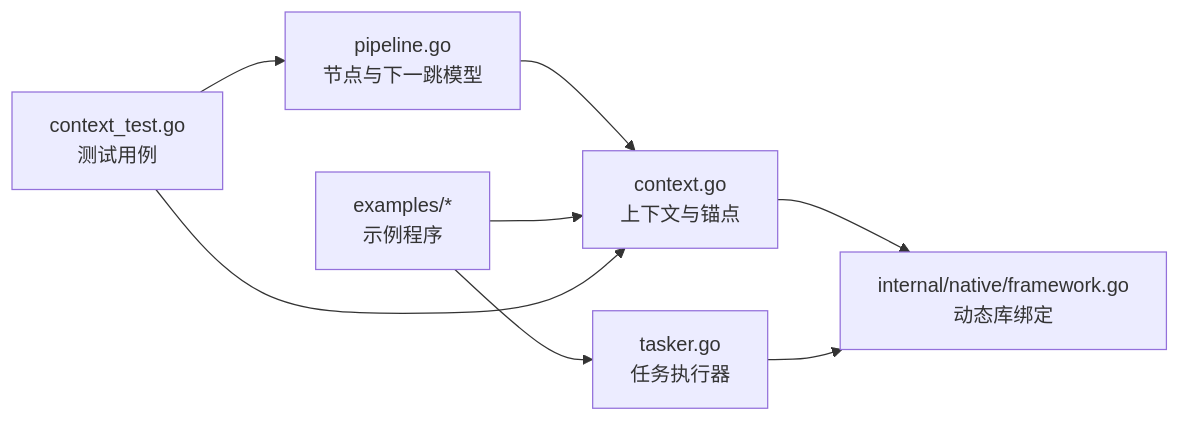
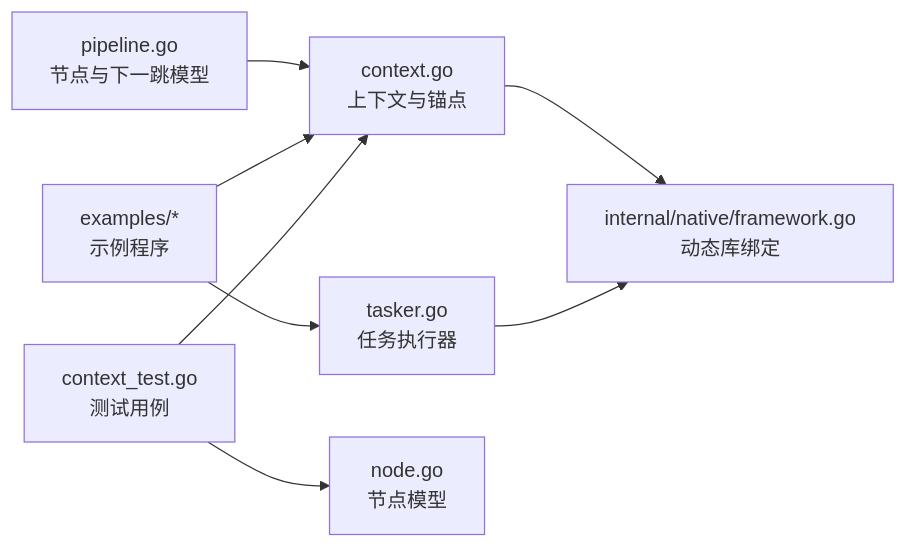
Before and after one commit to kqcoxn/MaaPipelineEditor: the sixth of 6 diagrams in instructions/maafw-golang-binding/高级功能/流水线配置/流程控制机制/锚点引用系统.md, drawn with Mermaid. The commit also changed other lines of this file and 5 other files, not shown here.

````diff
--- a/instructions/maafw-golang-binding/高级功能/流水线配置/流程控制机制/锚点引用系统.md
+++ b/instructions/maafw-golang-binding/高级功能/流水线配置/流程控制机制/锚点引用系统.md
@@ -225,10 +244,10 @@
 ```mermaid
 graph LR
 Pipeline["pipeline.go<br/>节点与下一跳模型"] --> Context["context.go<br/>上下文与锚点"]
 Context --> Native["internal/native/framework.go<br/>动态库绑定"]
 Tasker["tasker.go<br/>任务执行器"] --> Native
 Examples["examples/*<br/>示例程序"] --> Context
 Examples --> Tasker
 Tests["context_test.go<br/>测试用例"] --> Context
-Tests --> Pipeline
+Tests --> Node["node.go<br/>节点模型"]
 ```
````
